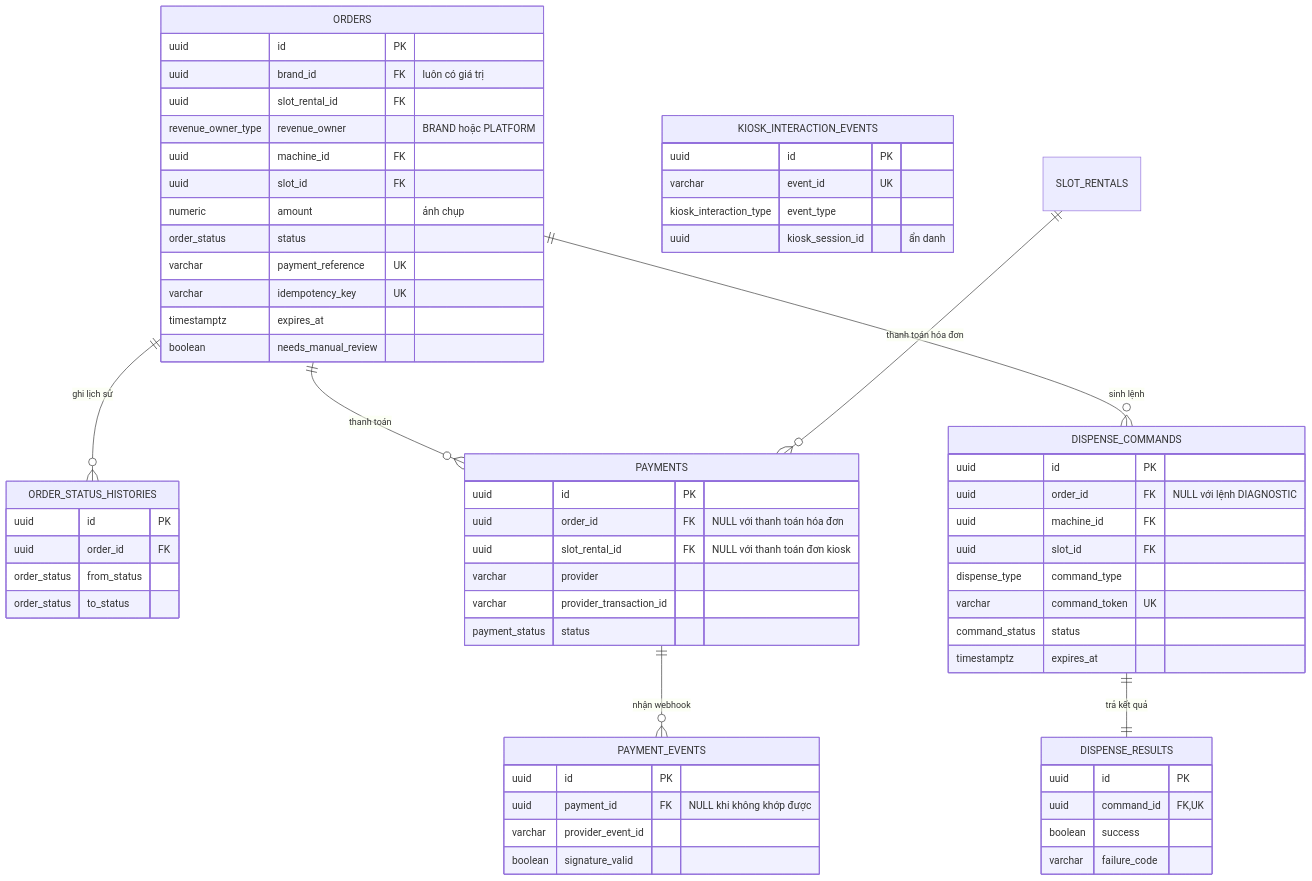
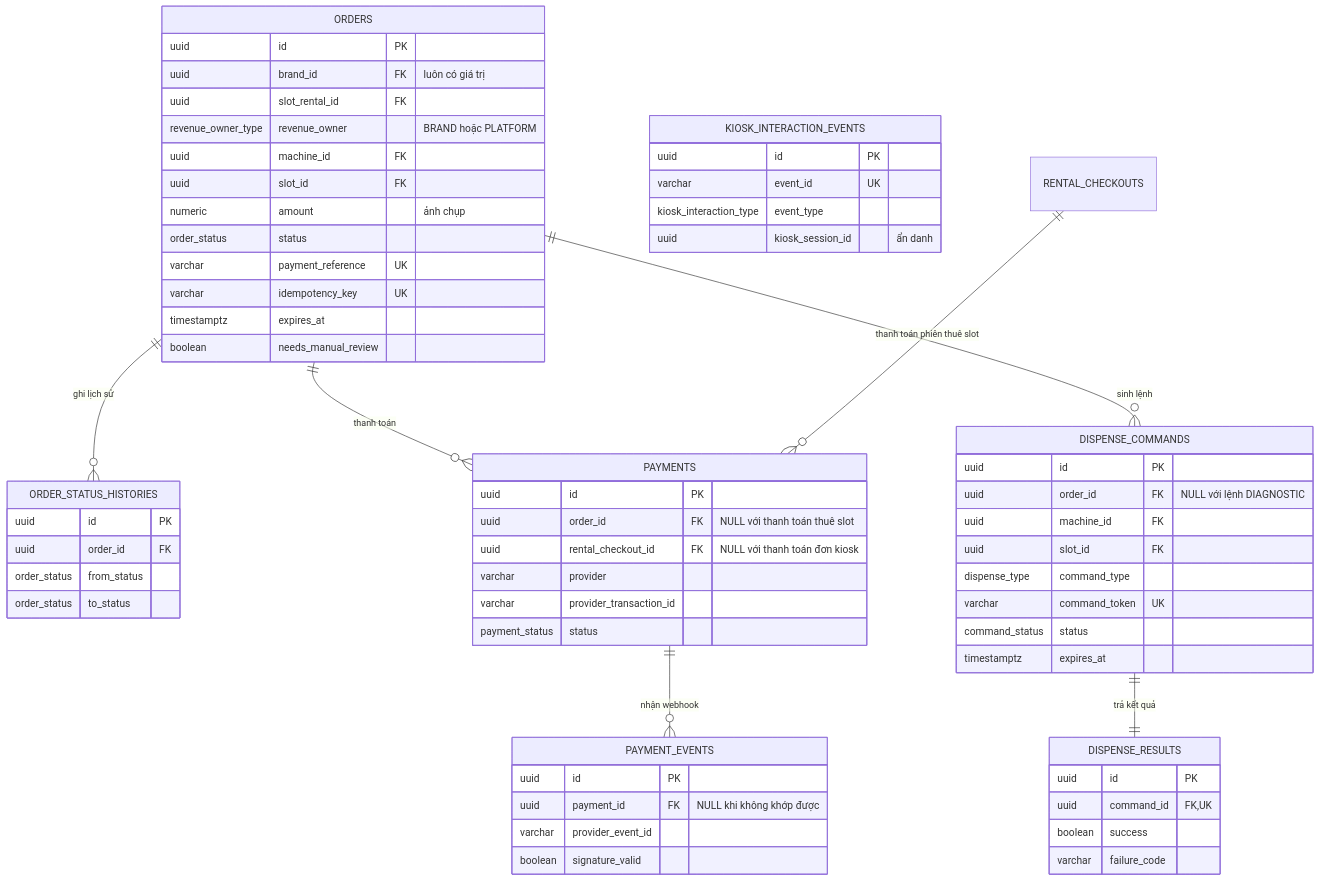
The fifth of 7 diagrams in spec/contracts/erd.md (nhax-work/Muti-Brand_PerfumeIOT), drawn with Mermaid before and after one commit. The commit also changed other lines of this file and 10 other files, not shown here.

First line of the commit message:
feat(SLT): thanh toán một lần cho nhiều slot bằng phiên thanh toán (ADR-0008)

````diff
--- a/spec/contracts/erd.md
+++ b/spec/contracts/erd.md
@@ -321,66 +336,66 @@
 ```mermaid
 erDiagram
     ORDERS {
         uuid id PK
         uuid brand_id FK "luôn có giá trị"
         uuid slot_rental_id FK
         revenue_owner_type revenue_owner "BRAND hoặc PLATFORM"
         uuid machine_id FK
         uuid slot_id FK
         numeric amount "ảnh chụp"
         order_status status
         varchar payment_reference UK
         varchar idempotency_key UK
         timestamptz expires_at
         boolean needs_manual_review
     }
     ORDER_STATUS_HISTORIES {
         uuid id PK
         uuid order_id FK
         order_status from_status
         order_status to_status
     }
     PAYMENTS {
         uuid id PK
-        uuid order_id FK "NULL với thanh toán hóa đơn"
-        uuid slot_rental_id FK "NULL với thanh toán đơn kiosk"
+        uuid order_id FK "NULL với thanh toán thuê slot"
+        uuid rental_checkout_id FK "NULL với thanh toán đơn kiosk"
         varchar provider
         varchar provider_transaction_id
         payment_status status
     }
     PAYMENT_EVENTS {
         uuid id PK
         uuid payment_id FK "NULL khi không khớp được"
         varchar provider_event_id
         boolean signature_valid
     }
     DISPENSE_COMMANDS {
         uuid id PK
         uuid order_id FK "NULL với lệnh DIAGNOSTIC"
         uuid machine_id FK
         uuid slot_id FK
         dispense_type command_type
         varchar command_token UK
         command_status status
         timestamptz expires_at
     }
     DISPENSE_RESULTS {
         uuid id PK
         uuid command_id FK,UK
         boolean success
         varchar failure_code
     }
     KIOSK_INTERACTION_EVENTS {
         uuid id PK
         varchar event_id UK
         kiosk_interaction_type event_type
         uuid kiosk_session_id "ẩn danh"
     }
 
     ORDERS ||--o{ ORDER_STATUS_HISTORIES : "ghi lịch sử"
     ORDERS ||--o{ PAYMENTS : "thanh toán"
-    SLOT_RENTALS ||--o{ PAYMENTS : "thanh toán hóa đơn"
+    RENTAL_CHECKOUTS ||--o{ PAYMENTS : "thanh toán phiên thuê slot"
     PAYMENTS ||--o{ PAYMENT_EVENTS : "nhận webhook"
     ORDERS ||--o{ DISPENSE_COMMANDS : "sinh lệnh"
     DISPENSE_COMMANDS ||--|| DISPENSE_RESULTS : "trả kết quả"
 ```
````
